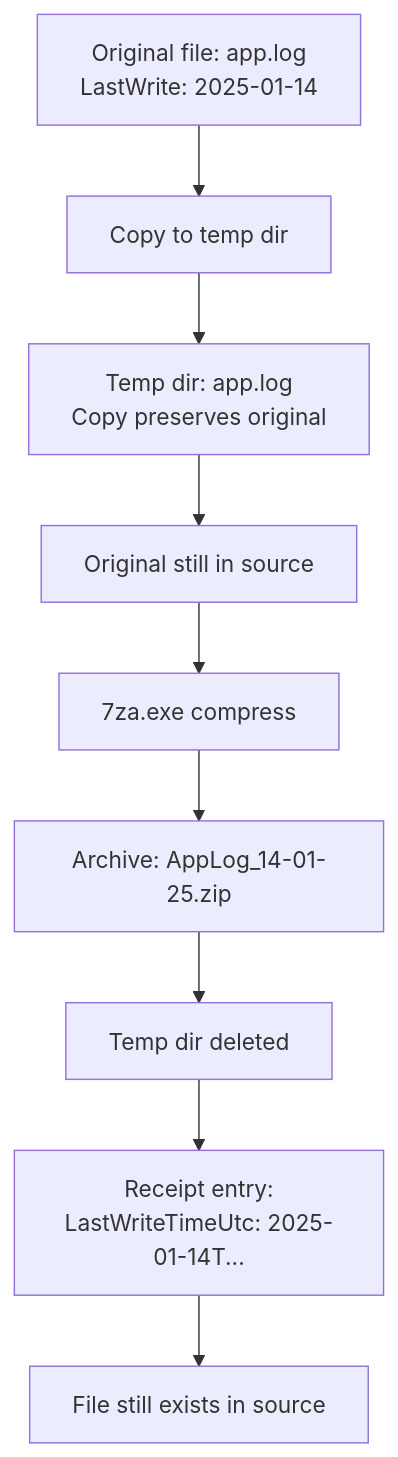
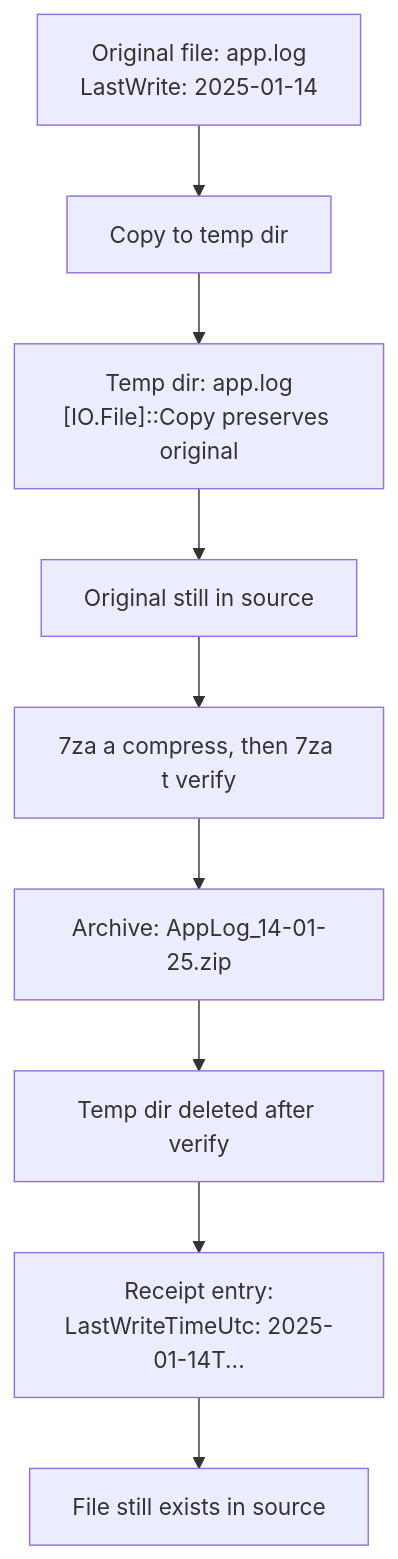
One commit to epuckop/shiny-pancake changed diagram 12 of 13 in docs/design/FLOWCHARTS.md. Above: the diagram before and after it, drawn with Mermaid. The commit also changed other lines of this file and 7 other files, not shown here.

````diff
--- a/docs/design/FLOWCHARTS.md
+++ b/docs/design/FLOWCHARTS.md
@@ -273,11 +276,11 @@
 ```mermaid
 flowchart TD
     A[Original file: app.log<br/>LastWrite: 2025-01-14] --> B[Copy to temp dir]
-    B --> C[Temp dir: app.log<br/>Copy preserves original]
+    B --> C["Temp dir: app.log<br/>[IO.File]::Copy preserves original"]
     C --> D[Original still in source]
-    D --> E[7za.exe compress]
+    D --> E[7za a compress, then 7za t verify]
     E --> F[Archive: AppLog_14-01-25.zip]
-    F --> G[Temp dir deleted]
+    F --> G[Temp dir deleted after verify]
     G --> H[Receipt entry:<br/>LastWriteTimeUtc: 2025-01-14T...]
     H --> I[File still exists in source]
 ```
````
